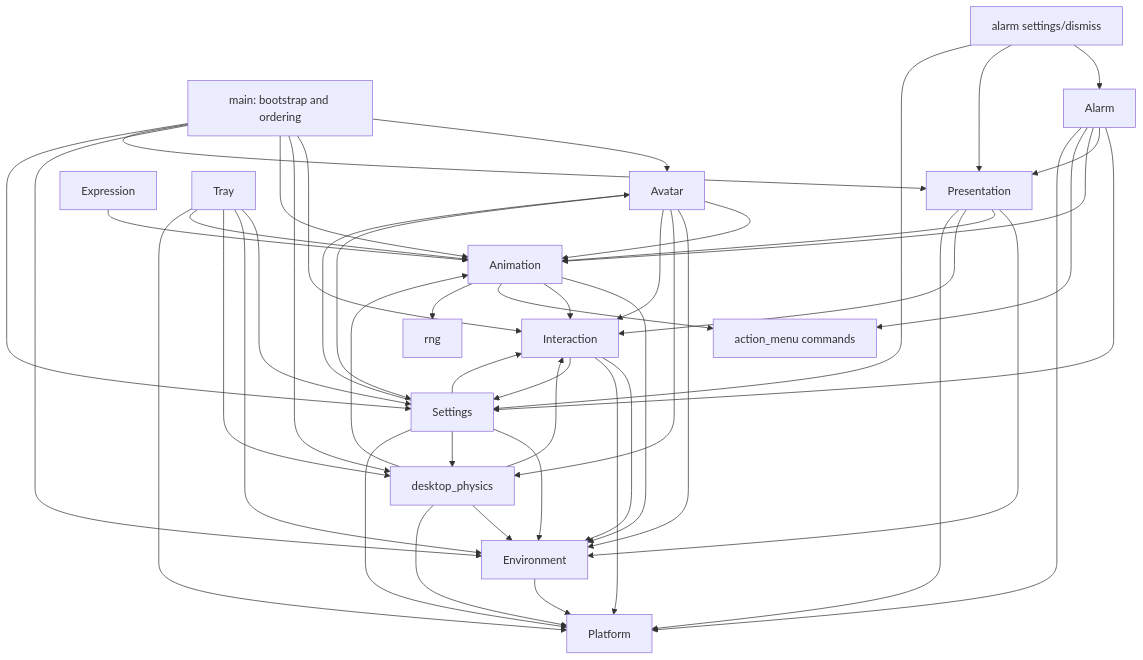
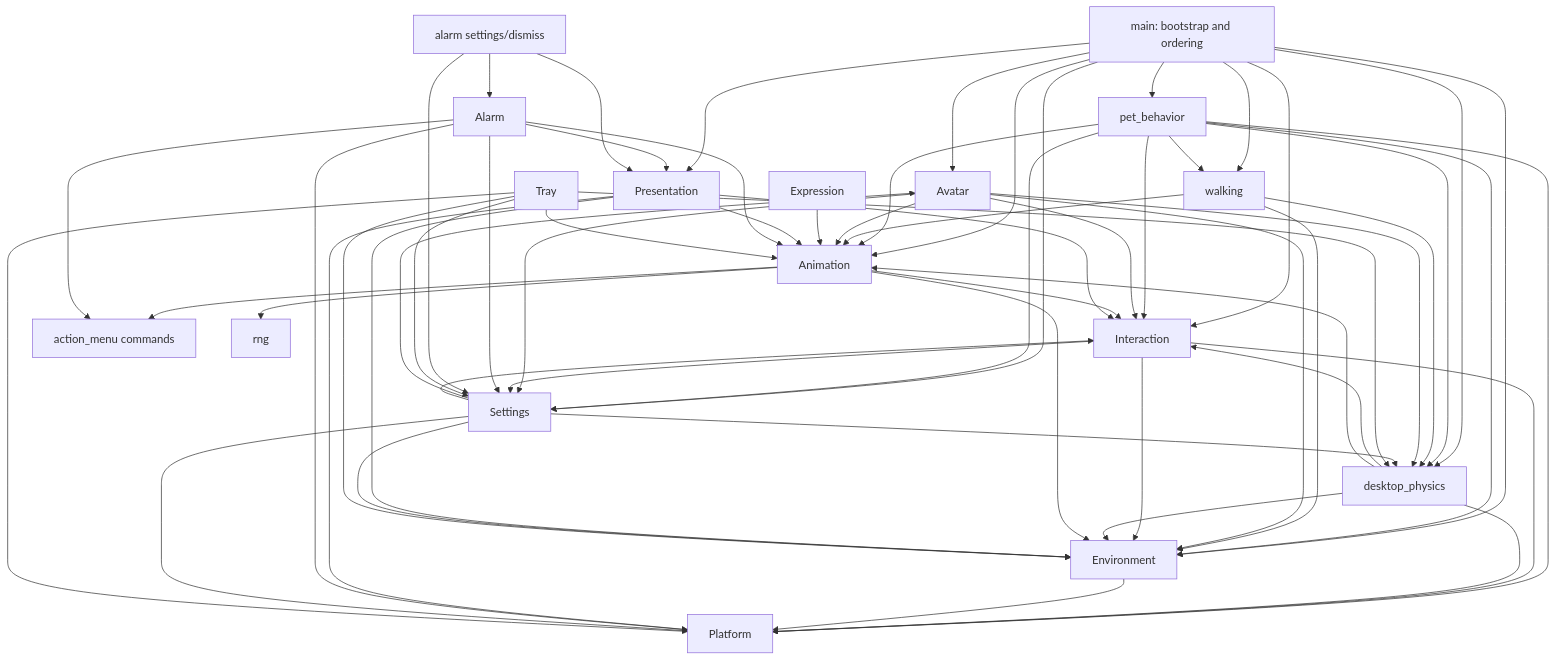
One commit to sahidhaqqian/ProjectNera changed the diagram in ARCHITECTURE.md. Above: the diagram before and after it, drawn with Mermaid. The commit also changed other lines of this file and 33 other files, not shown here.

````diff
--- a/ARCHITECTURE.md
+++ b/ARCHITECTURE.md
@@ -306,17 +372,20 @@
 ```mermaid
 graph TD
     Main[main: bootstrap and ordering] --> Avatar & Interaction & Physics & Animation
     Main --> Environment & Presentation & Settings
+    Main --> Behavior[pet_behavior] & Walking[walking]
+    Behavior --> Walking & Physics & Animation & Environment & Interaction & Settings & Platform
+    Walking --> Physics & Animation & Environment
     Avatar --> Animation & Environment & Physics & Interaction & Settings
     Interaction --> Environment & Platform & Settings
     Physics[desktop_physics] --> Environment & Interaction & Animation & Platform
     Animation --> Environment & Interaction & ActionMenu[action_menu commands] & RNG[rng]
     Expression --> Animation
     Environment --> Platform
     Presentation --> Environment & Animation & Interaction & Platform
     Alarm --> Settings & Presentation & Animation & ActionMenu & Platform
     AlarmWindows[alarm settings/dismiss] --> Alarm
     AlarmWindows --> Presentation & Settings
     Settings --> Avatar & Environment & Physics & Interaction & Platform
     Tray --> Settings & Environment & Physics & Animation & Platform
 ```
````
